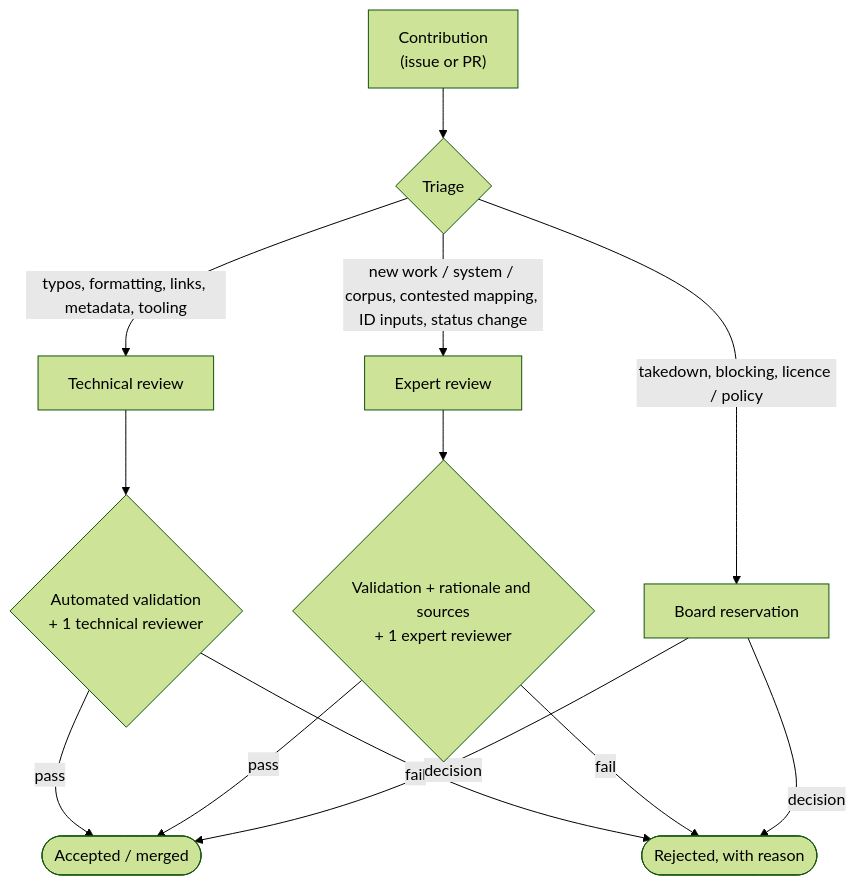
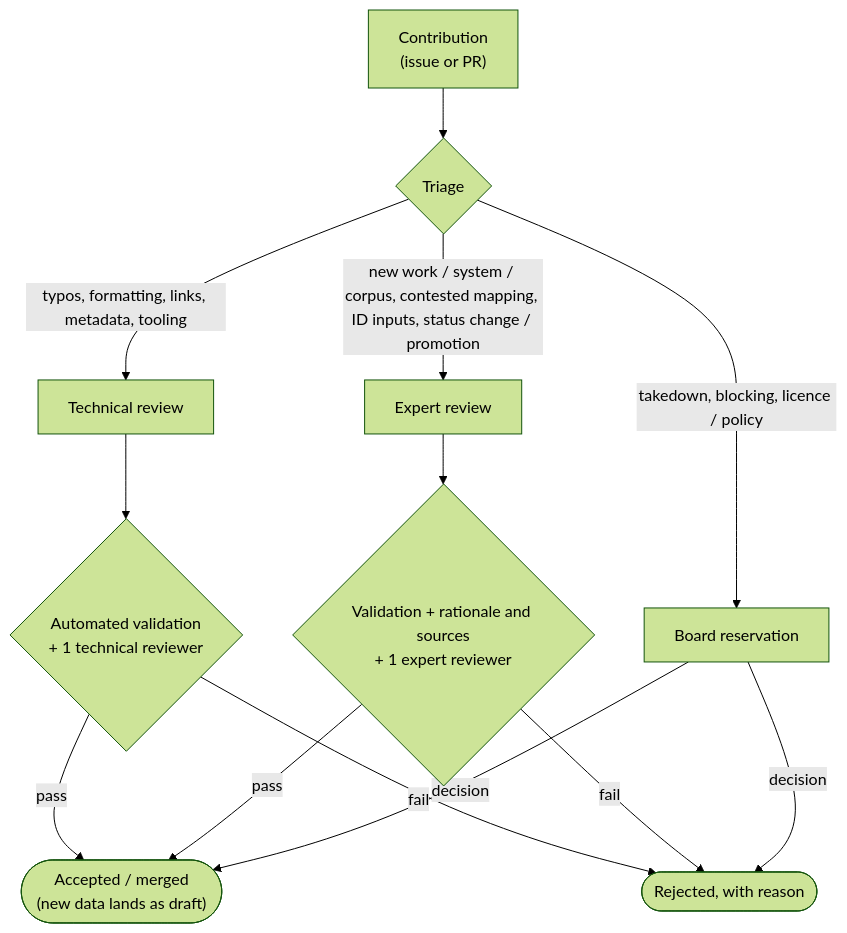
The diagram in CONTRIBUTING.md (maehr/textrefs.org), drawn with Mermaid (forest theme) before and after one commit. The commit also changed other lines of this file and 8 other files, not shown here.

First line of the commit message:
feat(spec): add draft lifecycle with retractable pre-promotion identity

````diff
--- a/CONTRIBUTING.md
+++ b/CONTRIBUTING.md
@@ -35,15 +35,15 @@
 ```mermaid
 flowchart TD
     S["Contribution<br/>(issue or PR)"] --> T{Triage}
     T -->|"typos, formatting, links, metadata, tooling"| TR[Technical review]
-    T -->|"new work / system / corpus, contested mapping, ID inputs, status change"| ER[Expert review]
+    T -->|"new work / system / corpus, contested mapping, ID inputs, status change / promotion"| ER[Expert review]
     T -->|"takedown, blocking, licence / policy"| BR[Board reservation]
     TR --> V{"Automated validation<br/>+ 1 technical reviewer"}
     ER --> V2{"Validation + rationale and sources<br/>+ 1 expert reviewer"}
-    V -->|pass| A([Accepted / merged])
+    V -->|pass| A(["Accepted / merged<br/>(new data lands as draft)"])
     V -->|fail| R([Rejected, with reason])
     V2 -->|pass| A
     V2 -->|fail| R
     BR -->|decision| A
     BR -->|decision| R
 ```
````
